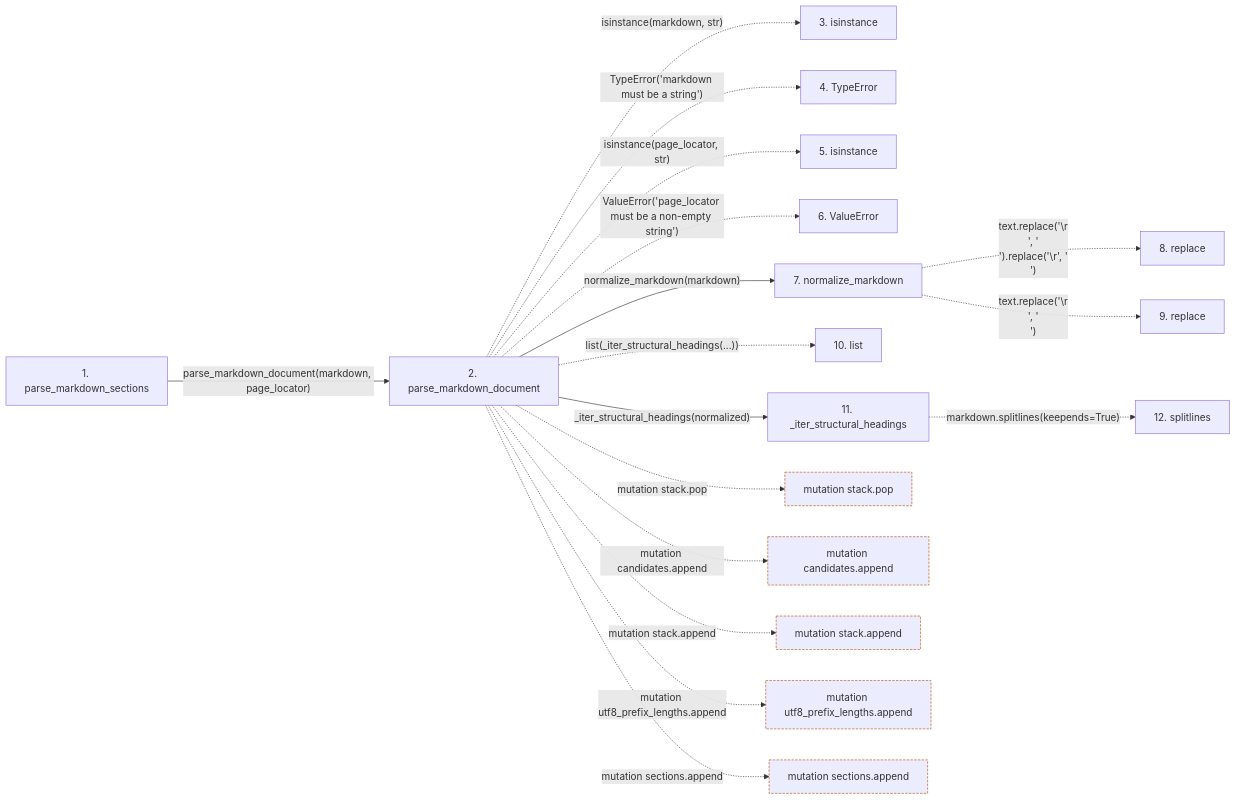
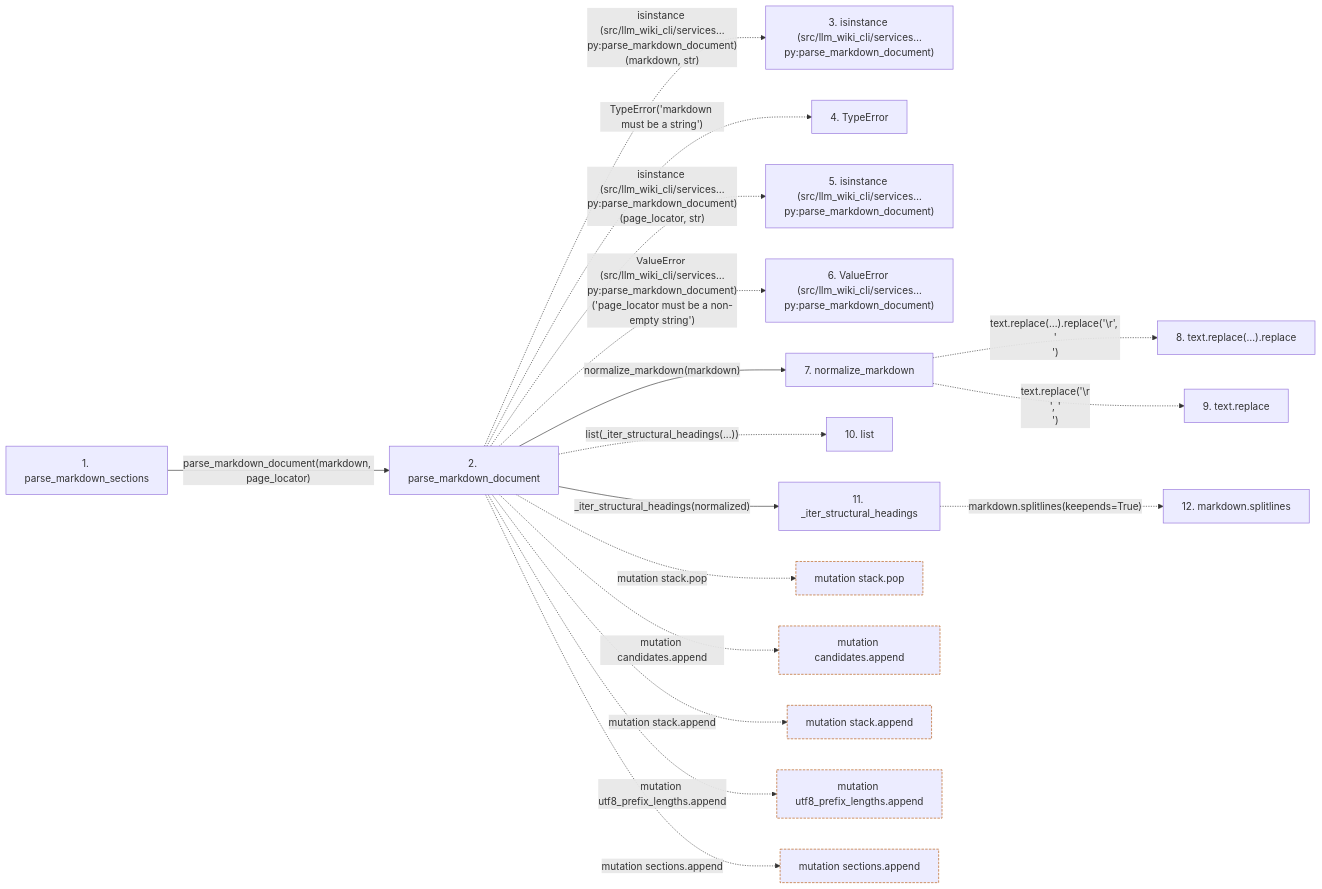
One commit to Denissvgn/python-wiki-llm changed the second of 2 diagrams in docs/llm_wiki/flows/api-parse_markdown_sections.md. Above: the diagram before and after it, drawn with Mermaid. The commit also changed other lines of this file and 719 other files, not shown here.

````diff
--- a/docs/llm_wiki/flows/api-parse_markdown_sections.md
+++ b/docs/llm_wiki/flows/api-parse_markdown_sections.md
@@ -70,46 +76,46 @@
 ```mermaid
 flowchart LR
     s1["1. parse_markdown_sections"]
     s2["2. parse_markdown_document"]
-    s3["3. isinstance"]
+    s3["3. isinstance (src/llm_wiki_cli/services…py:parse_markdown_document)"]
     s4["4. TypeError"]
-    s5["5. isinstance"]
-    s6["6. ValueError"]
+    s5["5. isinstance (src/llm_wiki_cli/services…py:parse_markdown_document)"]
+    s6["6. ValueError (src/llm_wiki_cli/services…py:parse_markdown_document)"]
     s7["7. normalize_markdown"]
-    s8["8. replace"]
-    s9["9. replace"]
+    s8["8. text.replace(…).replace"]
+    s9["9. text.replace"]
     s10["10. list"]
     s11["11. _iter_structural_headings"]
-    s12["12. splitlines"]
+    s12["12. markdown.splitlines"]
     s1 -->|"parse_markdown_document(markdown, page_locator)"| s2
-    s2 -. "isinstance(markdown, str)" .-> s3
+    s2 -. "isinstance (src/llm_wiki_cli/services…py:parse_markdown_document)(markdown, str)" .-> s3
     s2 -. "TypeError('markdown must be a string')" .-> s4
-    s2 -. "isinstance(page_locator, str)" .-> s5
-    s2 -. "ValueError('page_locator must be a non-empty string')" .-> s6
+    s2 -. "isinstance (src/llm_wiki_cli/services…py:parse_markdown_document)(page_locator, str)" .-> s5
+    s2 -. "ValueError (src/llm_wiki_cli/services…py:parse_markdown_document)('page_locator must be a non-empty string')" .-> s6
     s2 -->|"normalize_markdown(markdown)"| s7
-    s7 -. "text.replace('\r\n', '\n').replace('\r', '\n')" .-> s8
+    s7 -. "text.replace(…).replace('\r', '\n')" .-> s8
     s7 -. "text.replace('\r\n', '\n')" .-> s9
     s2 -. "list(_iter_structural_headings(...))" .-> s10
     s2 -->|"_iter_structural_headings(normalized)"| s11
     s11 -. "markdown.splitlines(keepends=True)" .-> s12
     b0["mutation stack.pop"]
     s2 -. "mutation stack.pop" .-> b0
     b1["mutation candidates.append"]
     s2 -. "mutation candidates.append" .-> b1
     b2["mutation stack.append"]
     s2 -. "mutation stack.append" .-> b2
     b3["mutation utf8_prefix_lengths.append"]
     s2 -. "mutation utf8_prefix_lengths.append" .-> b3
     b4["mutation sections.append"]
     s2 -. "mutation sections.append" .-> b4
     click s1 "../modules/markdown_sections.md"
     click s2 "../modules/markdown_sections.md"
     click s7 "../modules/markdown_sections.md"
     click s11 "../modules/markdown_sections.md"
     classDef boundary stroke:#b45309,stroke-dasharray: 4 2
     class b0 boundary
     class b1 boundary
     class b2 boundary
     class b3 boundary
     class b4 boundary
 ```
````
